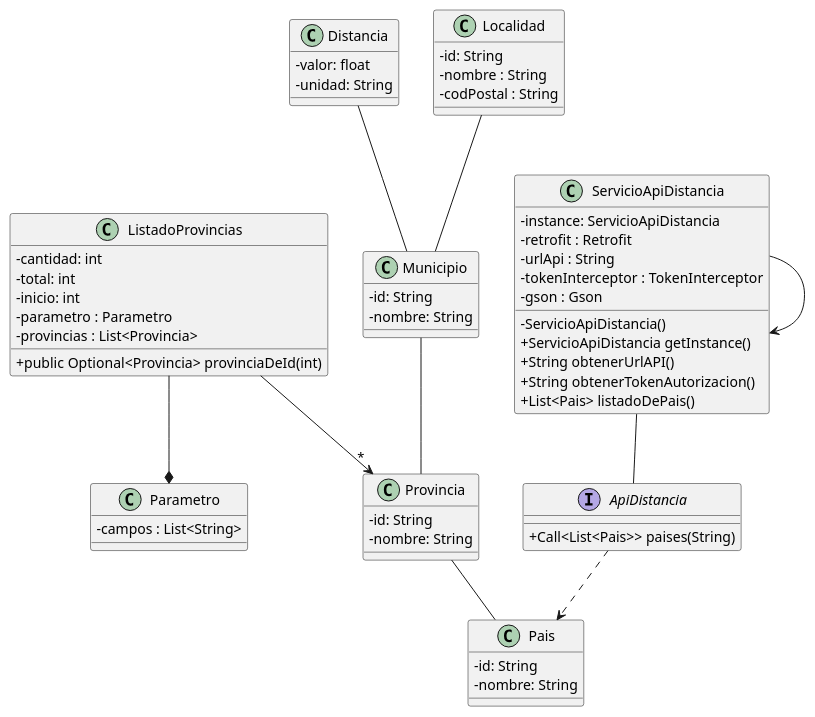
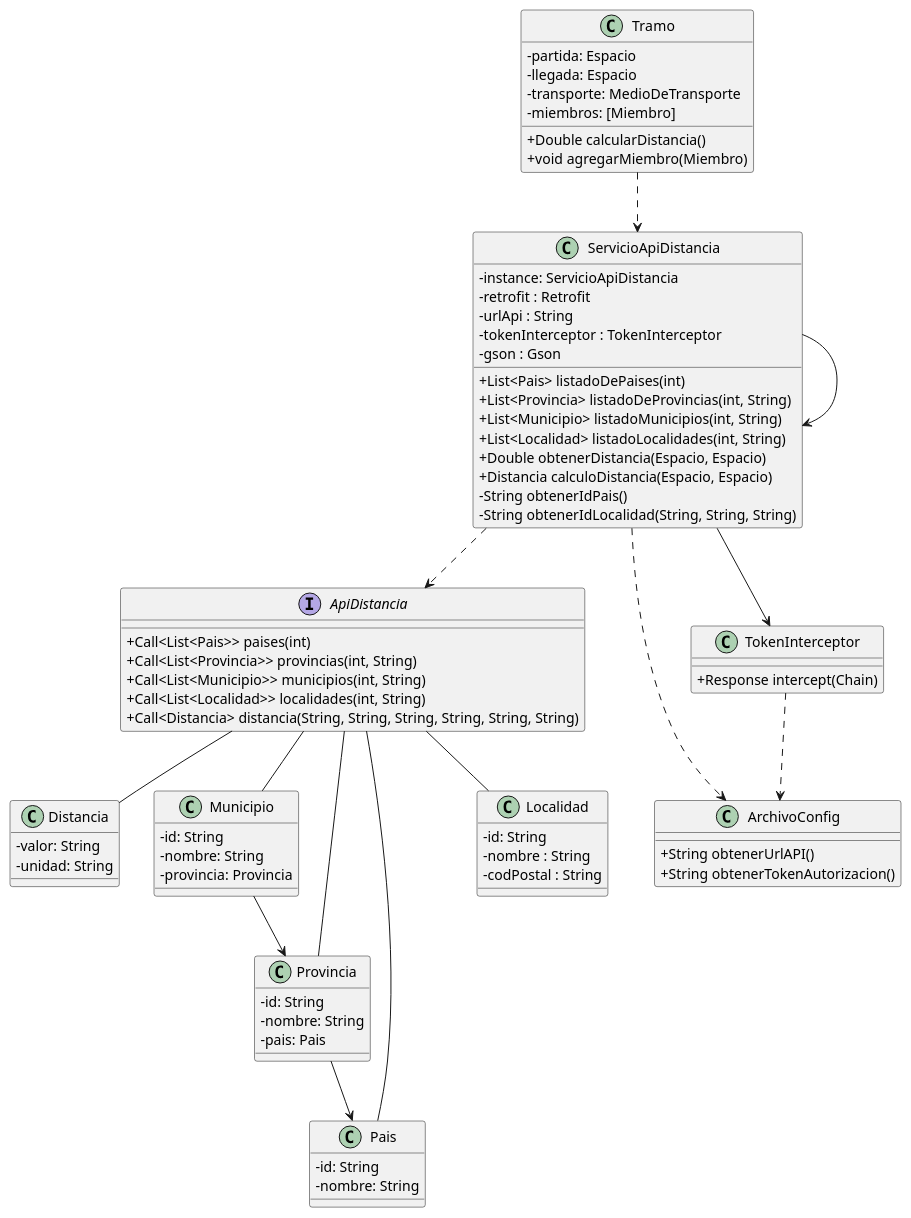
Before and after one commit to IgnacioG2000/TP-DDS: the diagram in src/ModeloDeAPI.puml, drawn with PlantUML. The commit also changed 1 other file, not shown here.

```diff
--- a/src/ModeloDeAPI.puml
+++ b/src/ModeloDeAPI.puml
@@ -1,79 +1,97 @@
 @startuml
 skinparam classAttributeIconSize 0
 
 interface ApiDistancia {
-+ Call<List<Pais>> paises(String)
++ Call<List<Pais>> paises(int)
++ Call<List<Provincia>> provincias(int, String)
++ Call<List<Municipio>> municipios(int, String)
++ Call<List<Localidad>> localidades(int, String)
++ Call<Distancia> distancia(String, String, String, String, String, String)
+}
+
+class ArchivoConfig {
+
++ String obtenerUrlAPI()
++ String obtenerTokenAutorizacion()
 }
 
 class Distancia {
-- valor: float
+- valor: String
 - unidad: String
-}
-
-class ListadoProvincias {
-- cantidad: int
-- total: int
-- inicio: int
-- parametro : Parametro
-- provincias : List<Provincia>
-
-+ public Optional<Provincia> provinciaDeId(int)
-}
-
-class Parametro {
-- campos : List<String>
 }
 
 class Municipio {
 - id: String
 - nombre: String
+- provincia: Provincia
 }
 
 class Pais {
 - id: String
 - nombre: String
 }
 
 class Provincia {
 - id: String
 - nombre: String
+- pais: Pais
 }
 
 class Localidad {
 - id: String
 - nombre : String
 - codPostal : String
+}
+
+class Tramo {
+-partida: Espacio
+-llegada: Espacio
+-transporte: MedioDeTransporte
+-miembros: [Miembro]
+
++Double calcularDistancia()
++void agregarMiembro(Miembro)
+}
+
+class TokenInterceptor {
+
++ Response intercept(Chain)
 }
 
 class ServicioApiDistancia {
 - instance: ServicioApiDistancia
 - retrofit : Retrofit
 - urlApi : String
 - tokenInterceptor : TokenInterceptor
 - gson : Gson
 
--ServicioApiDistancia()
-+ServicioApiDistancia getInstance()
-+ String obtenerUrlAPI()
-+ String obtenerTokenAutorizacion()
-+ List<Pais> listadoDePais()
++ List<Pais> listadoDePaises(int)
++ List<Provincia> listadoDeProvincias(int, String)
++ List<Municipio> listadoMunicipios(int, String)
++ List<Localidad> listadoLocalidades(int, String)
++ Double obtenerDistancia(Espacio, Espacio)
++ Distancia calculoDistancia(Espacio, Espacio)
+- String obtenerIdPais()
+- String obtenerIdLocalidad(String, String, String)
 }
 
-ApiDistancia ..> Pais
+ApiDistancia -- Pais
+ApiDistancia -- Provincia
+ApiDistancia -- Localidad
+ApiDistancia -- Municipio
+ApiDistancia -- Distancia
 
 ServicioApiDistancia --> ServicioApiDistancia
+ServicioApiDistancia ..> ApiDistancia
+ServicioApiDistancia ..> ArchivoConfig
+ServicioApiDistancia --> TokenInterceptor
 
-ListadoProvincias --> "*" Provincia
-ListadoProvincias --* Parametro
+TokenInterceptor ..> ArchivoConfig
 
-Provincia -- Pais
+Provincia --> Pais
 
-Localidad -- Municipio
+Municipio --> Provincia
 
-Municipio -- Provincia
-
-Distancia -- Municipio
-
-ServicioApiDistancia -- ApiDistancia
+Tramo ..> ServicioApiDistancia
 
 @enduml
```
